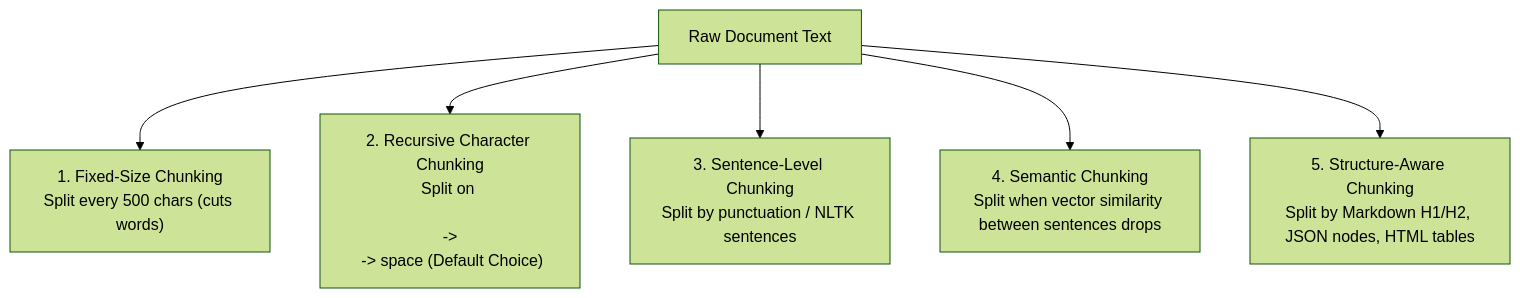
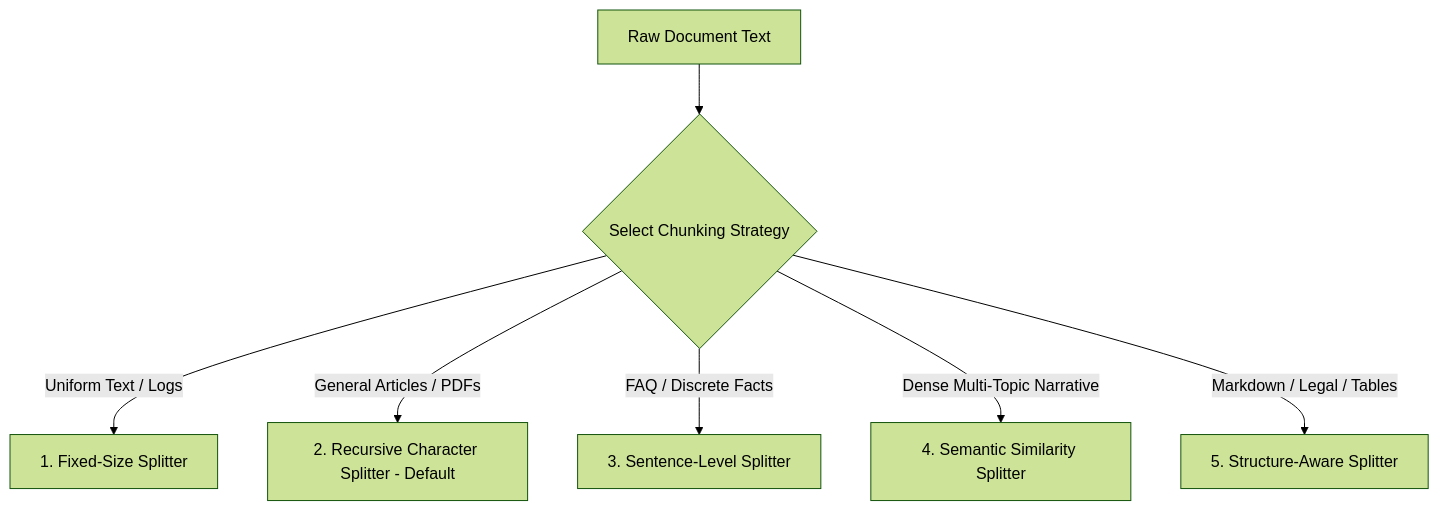
Before and after one commit to Nishant8826/theory-leaning: the fifth of 31 diagrams in RAG/01_RAG_30_Questions.md, drawn with Mermaid (forest theme). The commit also changed other lines of this file and 2 other files, not shown here.

````diff
--- a/RAG/01_RAG_30_Questions.md
+++ b/RAG/01_RAG_30_Questions.md
@@ -387,10 +356,10 @@
 ```mermaid
 flowchart TD
-    Doc[Raw Document Text]
-    
-    Doc --> FS["1. Fixed-Size Chunking<br/>Split every 500 chars (cuts words)"]
-    Doc --> RC["2. Recursive Character Chunking<br/>Split on \n\n -> \n -> space (Default Choice)"]
-    Doc --> SC["3. Sentence-Level Chunking<br/>Split by punctuation / NLTK sentences"]
-    Doc --> SM["4. Semantic Chunking<br/>Split when vector similarity between sentences drops"]
-    Doc --> SA["5. Structure-Aware Chunking<br/>Split by Markdown H1/H2, JSON nodes, HTML tables"]
+    Raw[Raw Document Text] --> Decision{Select Chunking Strategy}
+
+    Decision -->|Uniform Text / Logs| M1[1. Fixed-Size Splitter]
+    Decision -->|General Articles / PDFs| M2[2. Recursive Character Splitter - Default]
+    Decision -->|FAQ / Discrete Facts| M3[3. Sentence-Level Splitter]
+    Decision -->|Dense Multi-Topic Narrative| M4[4. Semantic Similarity Splitter]
+    Decision -->|Markdown / Legal / Tables| M5[5. Structure-Aware Splitter]
 ```
````
